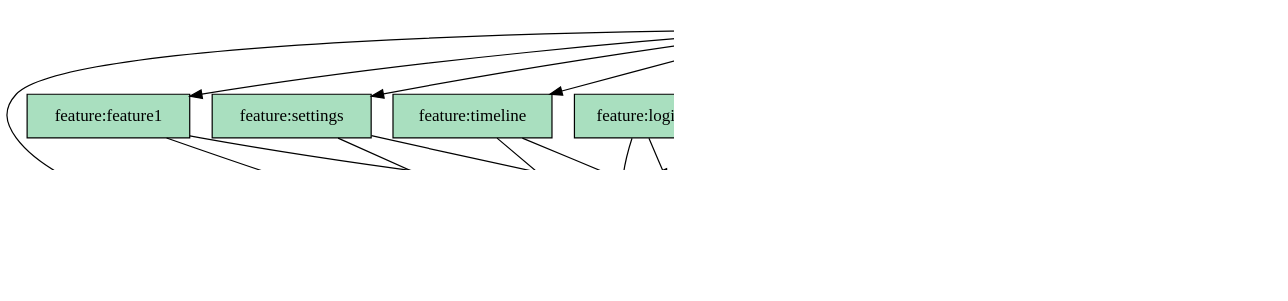
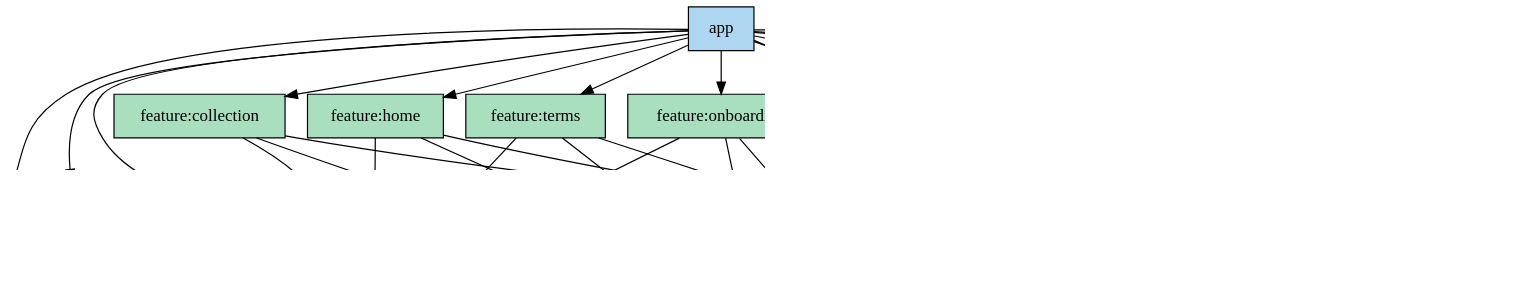
Before and after one commit to soma17th-369/Laimory-android: the diagram in docs/dependency-graph/modules.dot, drawn with Graphviz. The commit also changed 1 other file, not shown here.

```diff
--- a/docs/dependency-graph/modules.dot
+++ b/docs/dependency-graph/modules.dot
@@ -1,56 +1,61 @@
 digraph "modules" {
 edge ["dir"="forward"]
 graph ["dpi"="150" "rankdir"="TB"]
 node ["shape"="rectangle" "style"="filled"]
 
 "app" ["label"="app" "fillcolor"="#AED6F1"]
 "core-collection" ["label"="core:collection" "fillcolor"="#FAD7A0"]
 "core-data" ["label"="core:data" "fillcolor"="#FAD7A0"]
 "core-domain" ["label"="core:domain" "fillcolor"="#D2B4DE"]
 "core-ui" ["label"="core:ui" "fillcolor"="#FAD7A0"]
 "core-util" ["label"="core:util" "fillcolor"="#FAD7A0"]
 "feature-collection" ["label"="feature:collection" "fillcolor"="#A9DFBF"]
 "feature-feature1" ["label"="feature:feature1" "fillcolor"="#A9DFBF"]
 "feature-home" ["label"="feature:home" "fillcolor"="#A9DFBF"]
 "feature-login" ["label"="feature:login" "fillcolor"="#A9DFBF"]
 "feature-onboarding" ["label"="feature:onboarding" "fillcolor"="#A9DFBF"]
 "feature-settings" ["label"="feature:settings" "fillcolor"="#A9DFBF"]
+"feature-terms" ["label"="feature:terms" "fillcolor"="#A9DFBF"]
 "feature-timeline" ["label"="feature:timeline" "fillcolor"="#A9DFBF"]
 
 // edges
 "app" -> "core-collection"
 "app" -> "core-data"
 "app" -> "core-domain"
 "app" -> "core-ui"
 "app" -> "core-util"
 "app" -> "feature-collection"
 "app" -> "feature-feature1"
 "app" -> "feature-home"
 "app" -> "feature-login"
 "app" -> "feature-onboarding"
 "app" -> "feature-settings"
+"app" -> "feature-terms"
 "app" -> "feature-timeline"
 "core-collection" -> "core-domain"
 "core-collection" -> "core-util"
 "core-data" -> "core-domain"
 "core-data" -> "core-util"
 "core-ui" -> "core-domain"
 "core-ui" -> "core-util"
 "feature-collection" -> "core-domain"
 "feature-collection" -> "core-ui"
 "feature-collection" -> "core-util"
 "feature-feature1" -> "core-domain"
 "feature-feature1" -> "core-ui"
 "feature-home" -> "core-domain"
 "feature-home" -> "core-ui"
 "feature-home" -> "core-util"
 "feature-login" -> "core-domain"
 "feature-login" -> "core-ui"
 "feature-onboarding" -> "core-domain"
 "feature-onboarding" -> "core-ui"
 "feature-onboarding" -> "core-util"
 "feature-settings" -> "core-domain"
 "feature-settings" -> "core-ui"
+"feature-terms" -> "core-domain"
+"feature-terms" -> "core-ui"
+"feature-terms" -> "core-util"
 "feature-timeline" -> "core-domain"
 "feature-timeline" -> "core-ui"
 }
```
